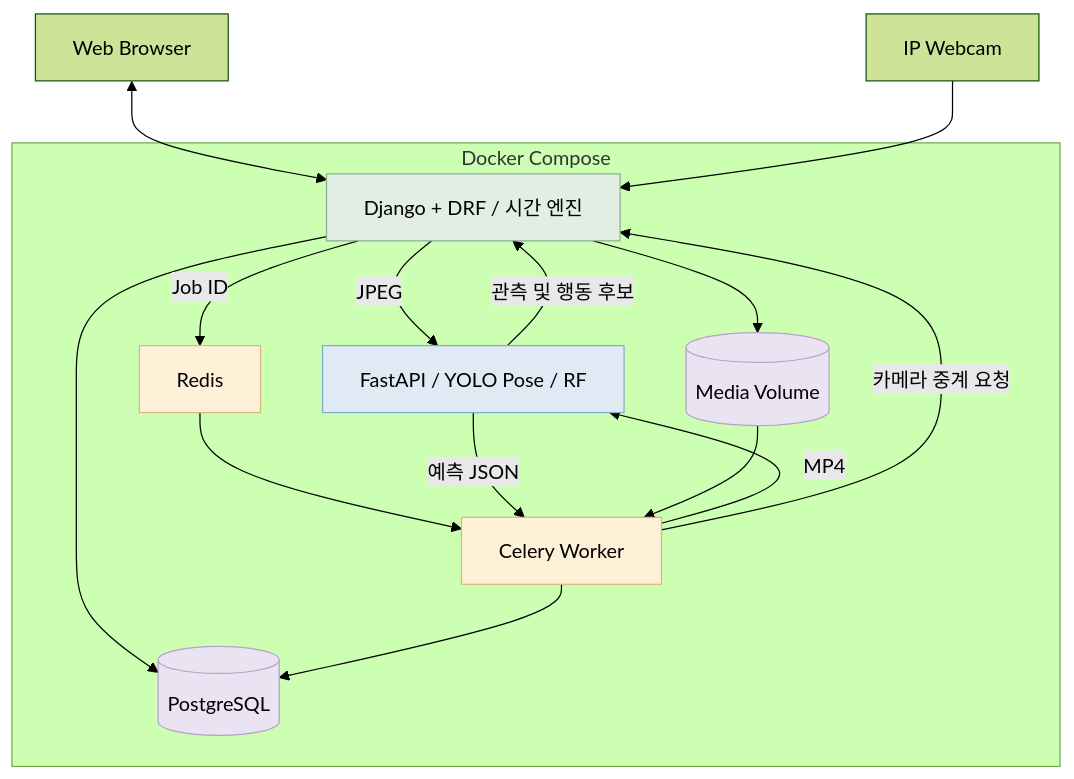
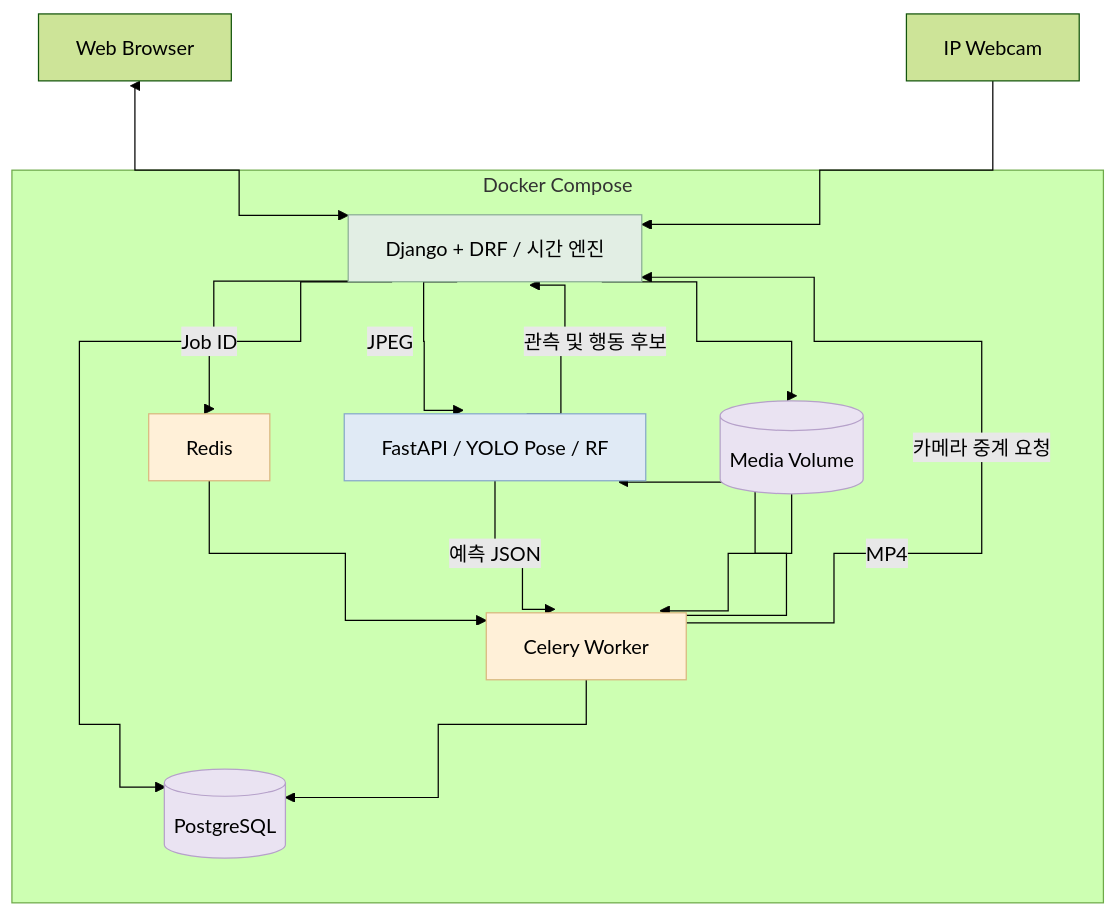
The diagram in docs/images/diagrams/01_architecture.mmd (HanaPark-lab/desk-habit-coach), drawn with Mermaid (forest theme) before and after one commit. The commit also changed 9 other files, not shown here.

Commit message:
docs: refine diagram layouts with orthogonal connectors

```diff
--- a/docs/images/diagrams/01_architecture.mmd
+++ b/docs/images/diagrams/01_architecture.mmd
@@ -1,22 +1,29 @@
+---
+config:
+  flowchart:
+    curve: step
+    nodeSpacing: 60
+    rankSpacing: 72
+---
 flowchart TD
  B[Web Browser] <--> D
  I[IP Webcam] --> D
  subgraph Docker Compose
  D[Django + DRF / 시간 엔진] -->|JPEG| F[FastAPI / YOLO Pose / RF]
  F -->|관측 및 행동 후보| D
  D -->|Job ID| R[Redis] --> C[Celery Worker]
  C -->|MP4| F
  F -->|예측 JSON| C
  D --> P[(PostgreSQL)]
  C --> P
  D --> M[(Media Volume)] --> C
  C -->|카메라 중계 요청| D
  end
  classDef web fill:#e2eee4,stroke:#8bad96
  classDef ai fill:#e0eaf5,stroke:#86a8ca
  classDef queue fill:#fff0d8,stroke:#d9b77e
  classDef db fill:#eae3f2,stroke:#b6a1ca
  class D web
  class F ai
  class R,C queue
  class P,M db
```
